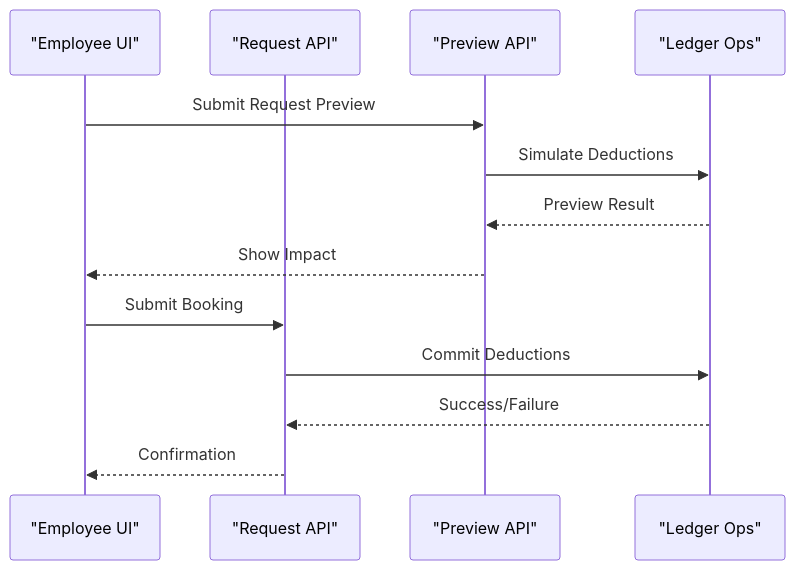
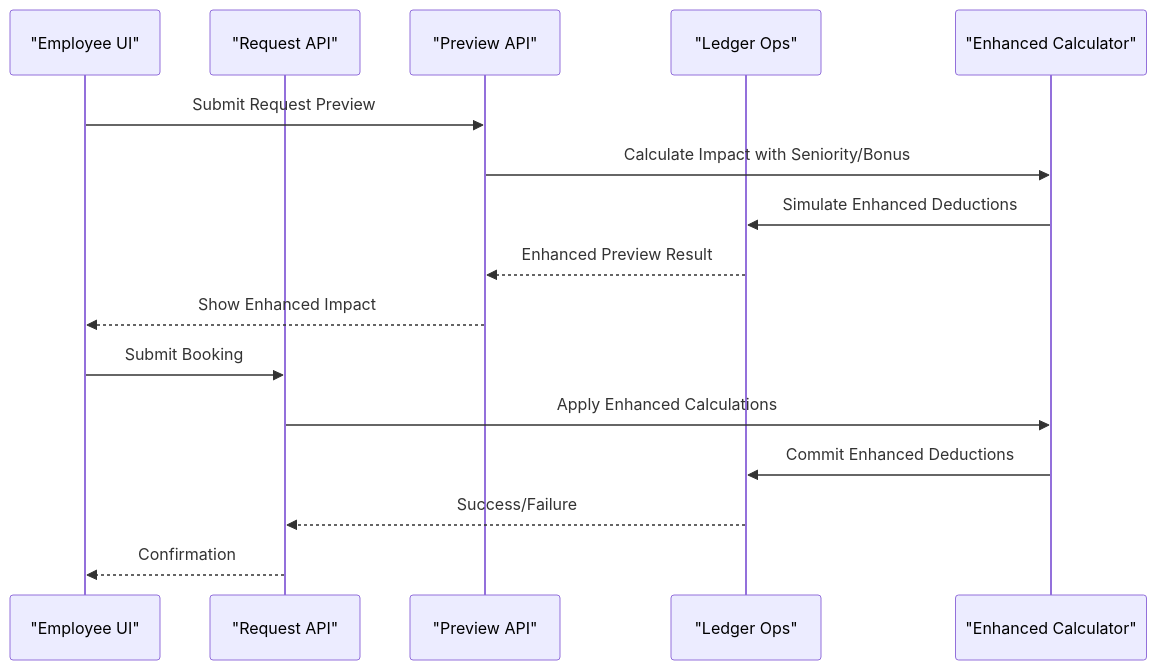
One commit to EdwinCycling/LiquidHR changed the seventh of 10 diagrams in .qoder/repowiki/en/content/Advanced Features/Leave Management/Accrual Engine.md. Above: the diagram before and after it, drawn with Mermaid. The commit also changed other lines of this file and 120 other files, not shown here.

````diff
--- a/.qoder/repowiki/en/content/Advanced Features/Leave Management/Accrual Engine.md
+++ b/.qoder/repowiki/en/content/Advanced Features/Leave Management/Accrual Engine.md
@@ -342,15 +382,18 @@
 ```mermaid
 sequenceDiagram
 participant Employee as "Employee UI"
 participant RequestAPI as "Request API"
 participant PreviewAPI as "Preview API"
 participant Ledger as "Ledger Ops"
+participant EnhancedCalc as "Enhanced Calculator"
 Employee->>PreviewAPI : Submit Request Preview
-PreviewAPI->>Ledger : Simulate Deductions
-Ledger-->>PreviewAPI : Preview Result
-PreviewAPI-->>Employee : Show Impact
+PreviewAPI->>EnhancedCalc : Calculate Impact with Seniority/Bonus
+EnhancedCalc->>Ledger : Simulate Enhanced Deductions
+Ledger-->>PreviewAPI : Enhanced Preview Result
+PreviewAPI-->>Employee : Show Enhanced Impact
 Employee->>RequestAPI : Submit Booking
-RequestAPI->>Ledger : Commit Deductions
+RequestAPI->>EnhancedCalc : Apply Enhanced Calculations
+EnhancedCalc->>Ledger : Commit Enhanced Deductions
 Ledger-->>RequestAPI : Success/Failure
 RequestAPI-->>Employee : Confirmation
 ```
````
